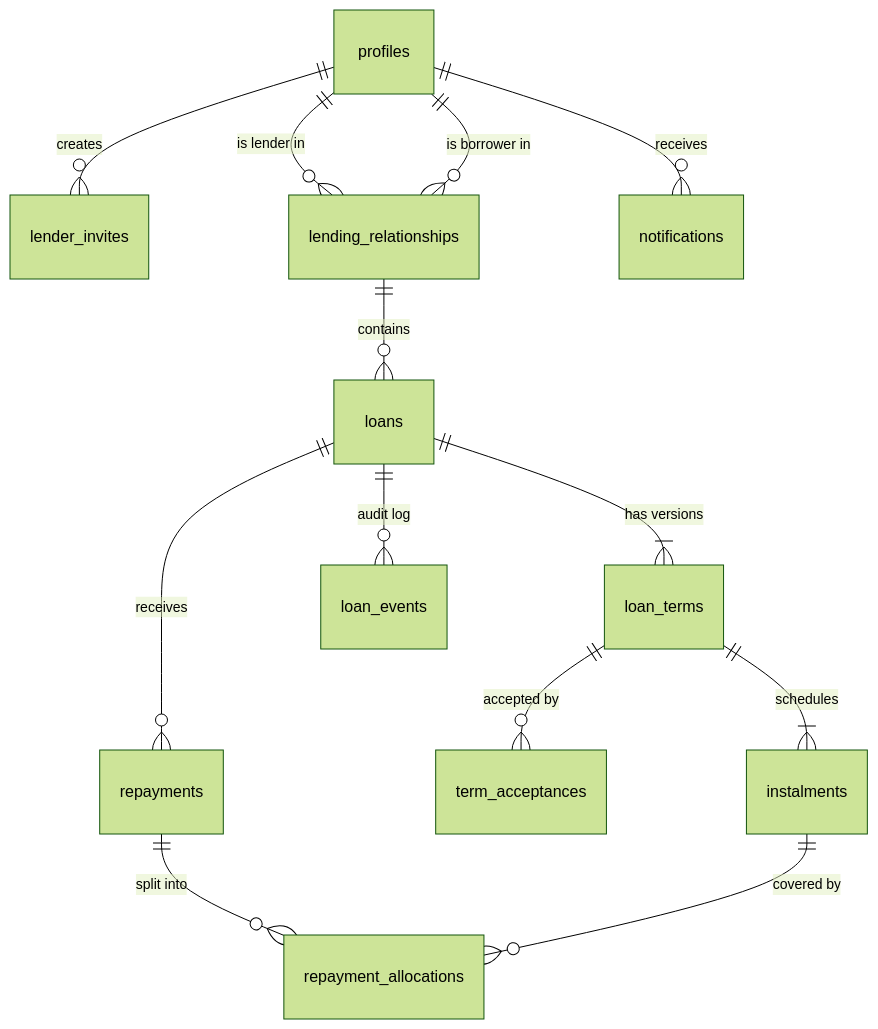
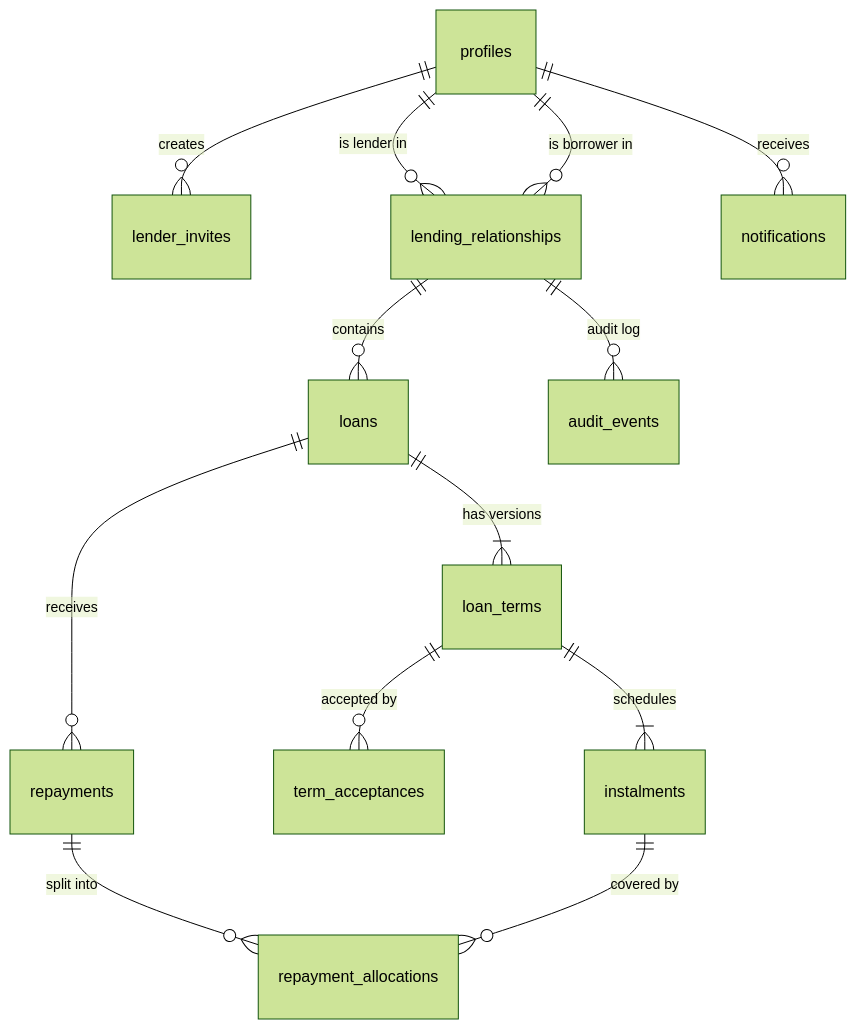
One commit to Ethan-Grey/Kinvo changed the diagram in docs/database-schema.md. Above: the diagram before and after it, drawn with Mermaid (forest theme). The commit also changed other lines of this file and 7 other files, not shown here.

First line of the commit message:
docs: add ADR-0008, setup guide and schema updates for M2

````diff
--- a/docs/database-schema.md
+++ b/docs/database-schema.md
@@ -7,15 +7,15 @@
 ```mermaid
 erDiagram
     profiles ||--o{ lender_invites : creates
     profiles ||--o{ lending_relationships : "is lender in"
     profiles ||--o{ lending_relationships : "is borrower in"
     lending_relationships ||--o{ loans : contains
     loans ||--|{ loan_terms : "has versions"
     loan_terms ||--|{ instalments : schedules
     loan_terms ||--o{ term_acceptances : "accepted by"
     loans ||--o{ repayments : receives
     repayments ||--o{ repayment_allocations : "split into"
     instalments ||--o{ repayment_allocations : "covered by"
-    loans ||--o{ loan_events : "audit log"
+    lending_relationships ||--o{ audit_events : "audit log"
     profiles ||--o{ notifications : receives
 ```
````
